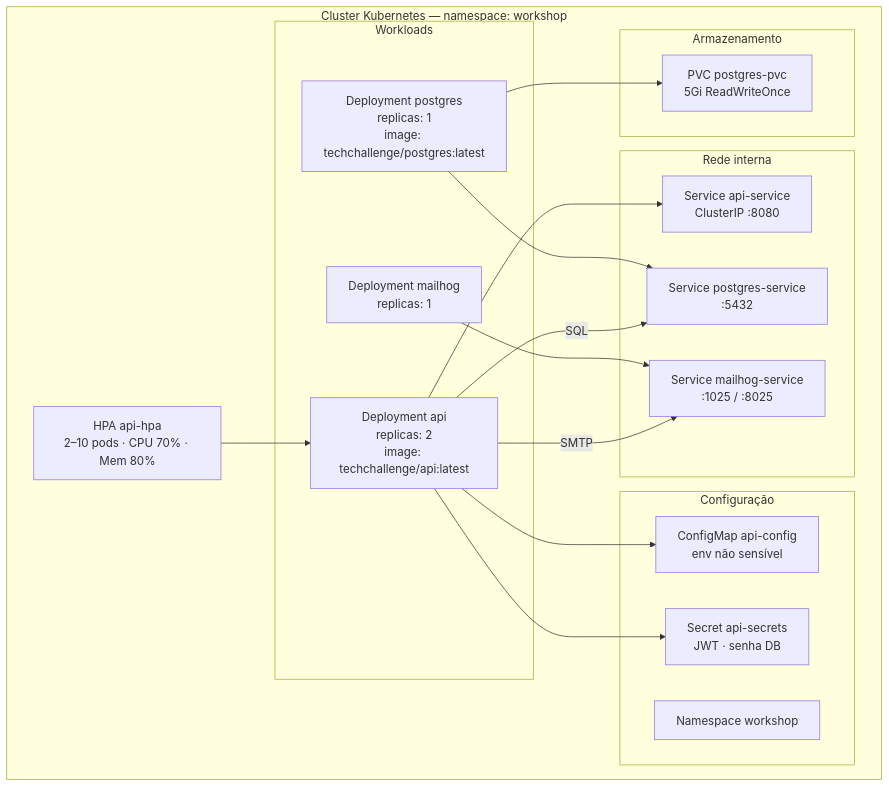
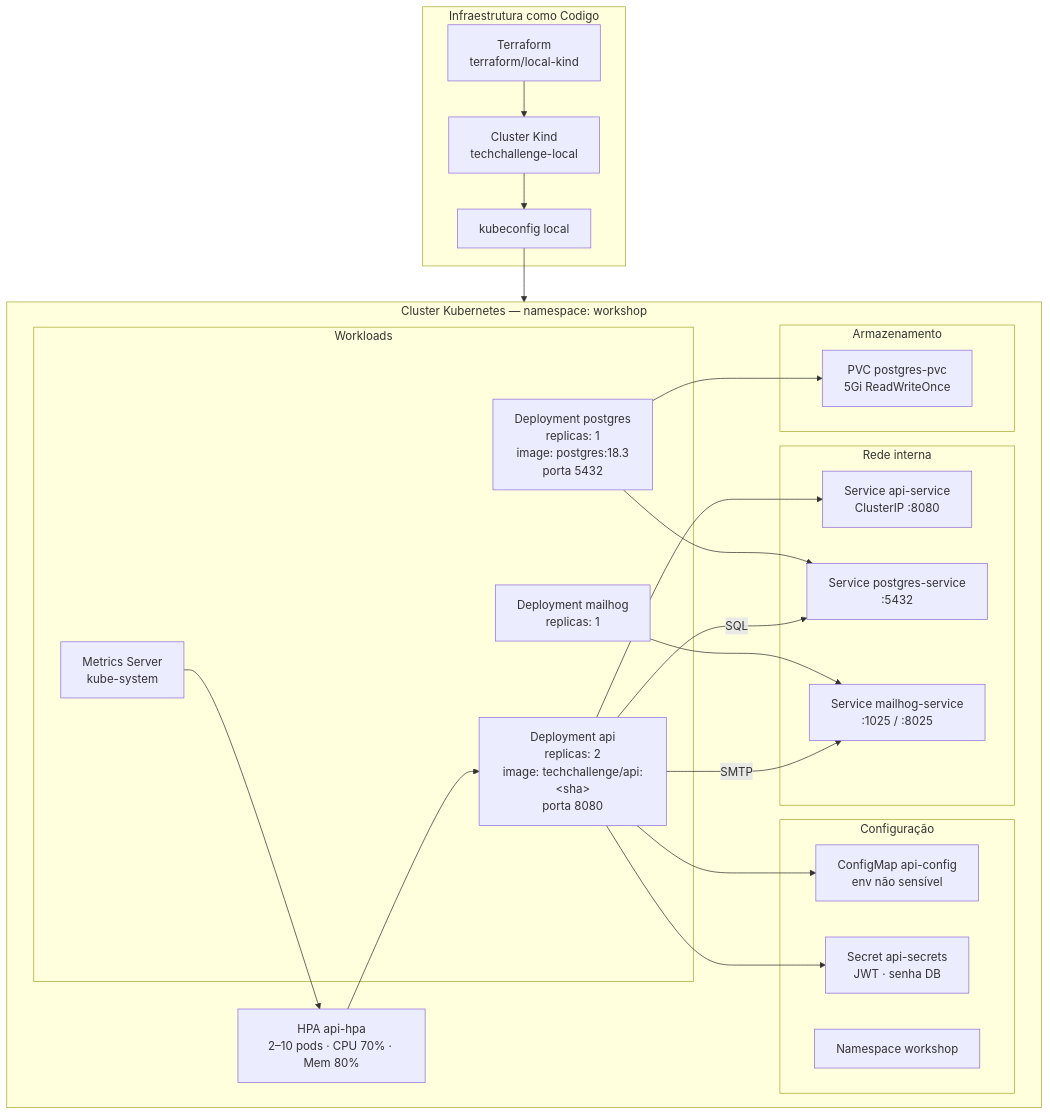
One commit to SOAT-15-Oficina/15soat-tech-challenge changed the third of 7 diagrams in README.md. Above: the diagram before and after it, drawn with Mermaid. The commit also changed other lines of this file, not shown here.

Commit message:
docs: update real architecture documentation

````diff
--- a/README.md
+++ b/README.md
@@ -95,38 +125,49 @@
 ```mermaid
 flowchart TB
+    subgraph IaC["Infraestrutura como Codigo"]
+        TF["Terraform<br/>terraform/local-kind"]
+        KIND["Cluster Kind<br/>techchallenge-local"]
+        KCFG["kubeconfig local"]
+    end
+
     subgraph K8s["Cluster Kubernetes — namespace: workshop"]
         subgraph Config["Configuração"]
             CM["ConfigMap api-config<br/>env não sensível"]
             SEC["Secret api-secrets<br/>JWT · senha DB"]
             NS["Namespace workshop"]
         end
 
         subgraph Workloads["Workloads"]
-            APID["Deployment api<br/>replicas: 2<br/>image: techchallenge/api:latest"]
-            PGD["Deployment postgres<br/>replicas: 1<br/>image: techchallenge/postgres:latest"]
+            APID["Deployment api<br/>replicas: 2<br/>image: techchallenge/api:&lt;sha&gt;<br/>porta 8080"]
+            PGD["Deployment postgres<br/>replicas: 1<br/>image: postgres:18.3<br/>porta 5432"]
             MHD["Deployment mailhog<br/>replicas: 1"]
+            MS["Metrics Server<br/>kube-system"]
         end
 
         subgraph Network["Rede interna"]
             SVC_API["Service api-service<br/>ClusterIP :8080"]
             SVC_PG["Service postgres-service<br/>:5432"]
             SVC_MH["Service mailhog-service<br/>:1025 / :8025"]
         end
 
         subgraph Storage["Armazenamento"]
             PVC["PVC postgres-pvc<br/>5Gi ReadWriteOnce"]
         end
 
         HPA["HPA api-hpa<br/>2–10 pods · CPU 70% · Mem 80%"]
     end
 
+    TF --> KIND
+    KIND --> KCFG
+    KCFG --> K8s
     APID --> SVC_API
     PGD --> SVC_PG
     MHD --> SVC_MH
     PGD --> PVC
     APID --> CM
     APID --> SEC
+    MS --> HPA
     HPA --> APID
     APID -->|"SQL"| SVC_PG
     APID -->|"SMTP"| SVC_MH
 ```
````
